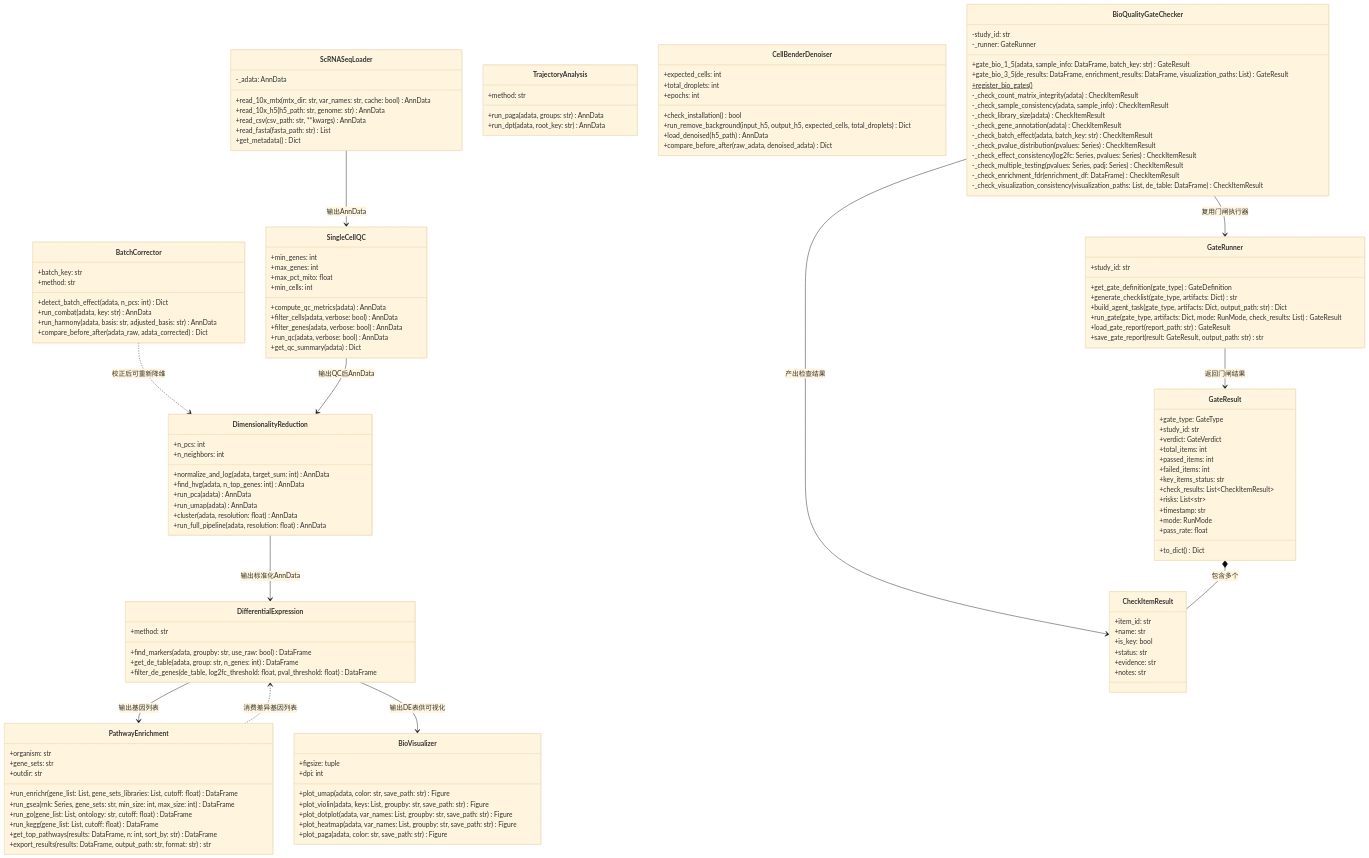
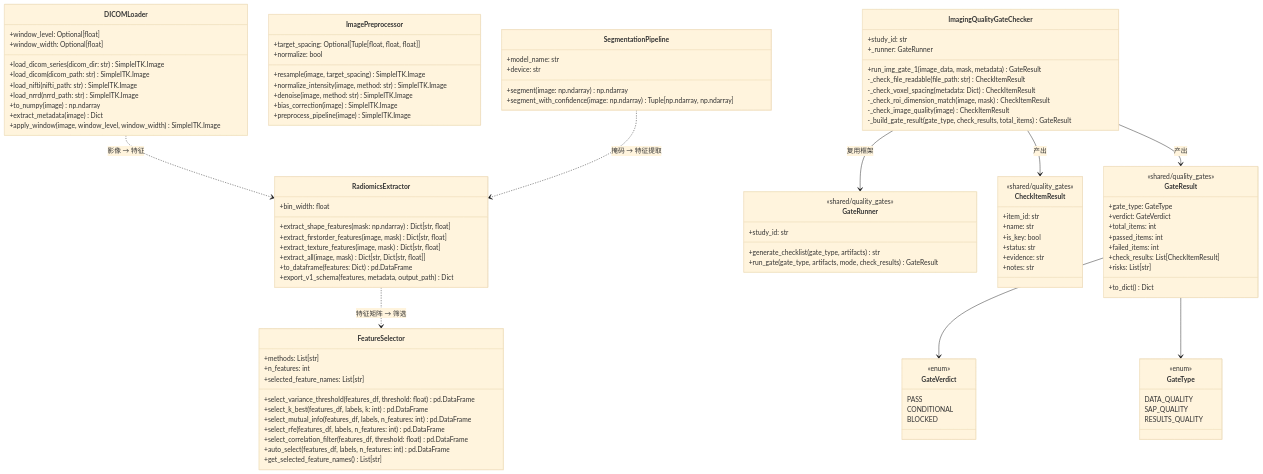
The diagram in docs/class-diagram.mermaid (boangus/medical-stats-research-assistant-for-claude-code), drawn with Mermaid (base theme) before and after one commit. The commit also changed 3 other files, not shown here.

Commit message:
docs: update system design for medical imaging module (architect output)

```diff
--- a/docs/class-diagram.mermaid
+++ b/docs/class-diagram.mermaid
@@ -1,156 +1,117 @@
 classDiagram
     direction TB
 
-    class ScRNASeqLoader {
-        -_adata: AnnData
-        +read_10x_mtx(mtx_dir: str, var_names: str, cache: bool) AnnData
-        +read_10x_h5(h5_path: str, genome: str) AnnData
-        +read_csv(csv_path: str, **kwargs) AnnData
-        +read_fasta(fasta_path: str) List
-        +get_metadata() Dict
+    class DICOMLoader {
+        +window_level: Optional[float]
+        +window_width: Optional[float]
+        +load_dicom_series(dicom_dir: str) SimpleITK.Image
+        +load_dicom(dicom_path: str) SimpleITK.Image
+        +load_nifti(nifti_path: str) SimpleITK.Image
+        +load_nrrd(nrrd_path: str) SimpleITK.Image
+        +to_numpy(image) np.ndarray
+        +extract_metadata(image) Dict
+        +apply_window(image, window_level, window_width) SimpleITK.Image
     }
 
-    class SingleCellQC {
-        +min_genes: int
-        +max_genes: int
-        +max_pct_mito: float
-        +min_cells: int
-        +compute_qc_metrics(adata) AnnData
-        +filter_cells(adata, verbose: bool) AnnData
-        +filter_genes(adata, verbose: bool) AnnData
-        +run_qc(adata, verbose: bool) AnnData
-        +get_qc_summary(adata) Dict
+    class ImagePreprocessor {
+        +target_spacing: Optional[Tuple[float, float, float]]
+        +normalize: bool
+        +resample(image, target_spacing) SimpleITK.Image
+        +normalize_intensity(image, method: str) SimpleITK.Image
+        +denoise(image, method: str) SimpleITK.Image
+        +bias_correction(image) SimpleITK.Image
+        +preprocess_pipeline(image) SimpleITK.Image
     }
 
-    class DimensionalityReduction {
-        +n_pcs: int
-        +n_neighbors: int
-        +normalize_and_log(adata, target_sum: int) AnnData
-        +find_hvg(adata, n_top_genes: int) AnnData
-        +run_pca(adata) AnnData
-        +run_umap(adata) AnnData
-        +cluster(adata, resolution: float) AnnData
-        +run_full_pipeline(adata, resolution: float) AnnData
+    class SegmentationPipeline {
+        +model_name: str
+        +device: str
+        +segment(image: np.ndarray) np.ndarray
+        +segment_with_confidence(image: np.ndarray) Tuple[np.ndarray, np.ndarray]
     }
 
-    class DifferentialExpression {
-        +method: str
-        +find_markers(adata, groupby: str, use_raw: bool) DataFrame
-        +get_de_table(adata, group: str, n_genes: int) DataFrame
-        +filter_de_genes(de_table, log2fc_threshold: float, pval_threshold: float) DataFrame
+    class RadiomicsExtractor {
+        +bin_width: float
+        +extract_shape_features(mask: np.ndarray) Dict[str, float]
+        +extract_firstorder_features(image, mask) Dict[str, float]
+        +extract_texture_features(image, mask) Dict[str, float]
+        +extract_all(image, mask) Dict[str, Dict[str, float]]
+        +to_dataframe(features: Dict) pd.DataFrame
+        +export_v1_schema(features, metadata, output_path) Dict
     }
 
-    class TrajectoryAnalysis {
-        +method: str
-        +run_paga(adata, groups: str) AnnData
-        +run_dpt(adata, root_key: str) AnnData
+    class FeatureSelector {
+        +methods: List[str]
+        +n_features: int
+        +selected_feature_names: List[str]
+        +select_variance_threshold(features_df, threshold: float) pd.DataFrame
+        +select_k_best(features_df, labels, k: int) pd.DataFrame
+        +select_mutual_info(features_df, labels, n_features: int) pd.DataFrame
+        +select_rfe(features_df, labels, n_features: int) pd.DataFrame
+        +select_correlation_filter(features_df, threshold: float) pd.DataFrame
+        +auto_select(features_df, labels, n_features: int) pd.DataFrame
+        +get_selected_feature_names() List[str]
     }
 
-    class BioVisualizer {
-        +figsize: tuple
-        +dpi: int
-        +plot_umap(adata, color: str, save_path: str) Figure
-        +plot_violin(adata, keys: List, groupby: str, save_path: str) Figure
-        +plot_dotplot(adata, var_names: List, groupby: str, save_path: str) Figure
-        +plot_heatmap(adata, var_names: List, groupby: str, save_path: str) Figure
-        +plot_paga(adata, color: str, save_path: str) Figure
-    }
-
-    class CellBenderDenoiser {
-        +expected_cells: int
-        +total_droplets: int
-        +epochs: int
-        +check_installation() bool
-        +run_remove_background(input_h5, output_h5, expected_cells, total_droplets) Dict
-        +load_denoised(h5_path) AnnData
-        +compare_before_after(raw_adata, denoised_adata) Dict
-    }
-
-    class PathwayEnrichment {
-        +organism: str
-        +gene_sets: str
-        +outdir: str
-        +run_enrichr(gene_list: List, gene_sets_libraries: List, cutoff: float) DataFrame
-        +run_gsea(rnk: Series, gene_sets: str, min_size: int, max_size: int) DataFrame
-        +run_go(gene_list: List, ontology: str, cutoff: float) DataFrame
-        +run_kegg(gene_list: List, cutoff: float) DataFrame
-        +get_top_pathways(results: DataFrame, n: int, sort_by: str) DataFrame
-        +export_results(results: DataFrame, output_path: str, format: str) str
-    }
-
-    class BatchCorrector {
-        +batch_key: str
-        +method: str
-        +detect_batch_effect(adata, n_pcs: int) Dict
-        +run_combat(adata, key: str) AnnData
-        +run_harmony(adata, basis: str, adjusted_basis: str) AnnData
-        +compare_before_after(adata_raw, adata_corrected) Dict
-    }
-
-    class BioQualityGateChecker {
-        -study_id: str
-        -_runner: GateRunner
-        +gate_bio_1_5(adata, sample_info: DataFrame, batch_key: str) GateResult
-        +gate_bio_3_5(de_results: DataFrame, enrichment_results: DataFrame, visualization_paths: List) GateResult
-        +register_bio_gates()$
-        -_check_count_matrix_integrity(adata) CheckItemResult
-        -_check_sample_consistency(adata, sample_info) CheckItemResult
-        -_check_library_size(adata) CheckItemResult
-        -_check_gene_annotation(adata) CheckItemResult
-        -_check_batch_effect(adata, batch_key: str) CheckItemResult
-        -_check_pvalue_distribution(pvalues: Series) CheckItemResult
-        -_check_effect_consistency(log2fc: Series, pvalues: Series) CheckItemResult
-        -_check_multiple_testing(pvalues: Series, padj: Series) CheckItemResult
-        -_check_enrichment_fdr(enrichment_df: DataFrame) CheckItemResult
-        -_check_visualization_consistency(visualization_paths: List, de_table: DataFrame) CheckItemResult
+    class ImagingQualityGateChecker {
+        +study_id: str
+        +_runner: GateRunner
+        +run_img_gate_1(image_data, mask, metadata) GateResult
+        -_check_file_readable(file_path: str) CheckItemResult
+        -_check_voxel_spacing(metadata: Dict) CheckItemResult
+        -_check_roi_dimension_match(image, mask) CheckItemResult
+        -_check_image_quality(image) CheckItemResult
+        -_build_gate_result(gate_type, check_results, total_items) GateResult
     }
 
     class GateRunner {
+        <<shared/quality_gates>>
         +study_id: str
-        +get_gate_definition(gate_type) GateDefinition
-        +generate_checklist(gate_type, artifacts: Dict) str
-        +build_agent_task(gate_type, artifacts: Dict, output_path: str) Dict
-        +run_gate(gate_type, artifacts: Dict, mode: RunMode, check_results: List) GateResult
-        +load_gate_report(report_path: str) GateResult
-        +save_gate_report(result: GateResult, output_path: str) str
-    }
-
-    class GateResult {
-        +gate_type: GateType
-        +study_id: str
-        +verdict: GateVerdict
-        +total_items: int
-        +passed_items: int
-        +failed_items: int
-        +key_items_status: str
-        +check_results: List~CheckItemResult~
-        +risks: List~str~
-        +timestamp: str
-        +mode: RunMode
-        +pass_rate: float
-        +to_dict() Dict
+        +generate_checklist(gate_type, artifacts) str
+        +run_gate(gate_type, artifacts, mode, check_results) GateResult
     }
 
     class CheckItemResult {
+        <<shared/quality_gates>>
         +item_id: str
         +name: str
         +is_key: bool
         +status: str
         +evidence: str
         +notes: str
     }
 
-    %% 关系
-    BioQualityGateChecker --> GateRunner : 复用门闸执行器
-    BioQualityGateChecker --> CheckItemResult : 产出检查结果
-    GateRunner --> GateResult : 返回门闸结果
-    GateResult *-- CheckItemResult : 包含多个
+    class GateResult {
+        <<shared/quality_gates>>
+        +gate_type: GateType
+        +verdict: GateVerdict
+        +total_items: int
+        +passed_items: int
+        +failed_items: int
+        +check_results: List[CheckItemResult]
+        +risks: List[str]
+        +to_dict() Dict
+    }
 
-    PathwayEnrichment ..> DifferentialExpression : 消费差异基因列表
-    BatchCorrector ..> DimensionalityReduction : 校正后可重新降维
+    class GateVerdict {
+        <<enum>>
+        PASS
+        CONDITIONAL
+        BLOCKED
+    }
 
-    ScRNASeqLoader --> SingleCellQC : 输出AnnData
-    SingleCellQC --> DimensionalityReduction : 输出QC后AnnData
-    DimensionalityReduction --> DifferentialExpression : 输出标准化AnnData
-    DifferentialExpression --> PathwayEnrichment : 输出基因列表
-    DifferentialExpression --> BioVisualizer : 输出DE表供可视化
+    class GateType {
+        <<enum>>
+        DATA_QUALITY
+        SAP_QUALITY
+        RESULTS_QUALITY
+    }
+
+    ImagingQualityGateChecker --> GateRunner : 复用框架
+    ImagingQualityGateChecker --> CheckItemResult : 产出
+    ImagingQualityGateChecker --> GateResult : 产出
+    GateResult --> GateVerdict
+    GateResult --> GateType
+    DICOMLoader ..> RadiomicsExtractor : 影像 → 特征
+    RadiomicsExtractor ..> FeatureSelector : 特征矩阵 → 筛选
+    SegmentationPipeline ..> RadiomicsExtractor : 掩码 → 特征提取
```
